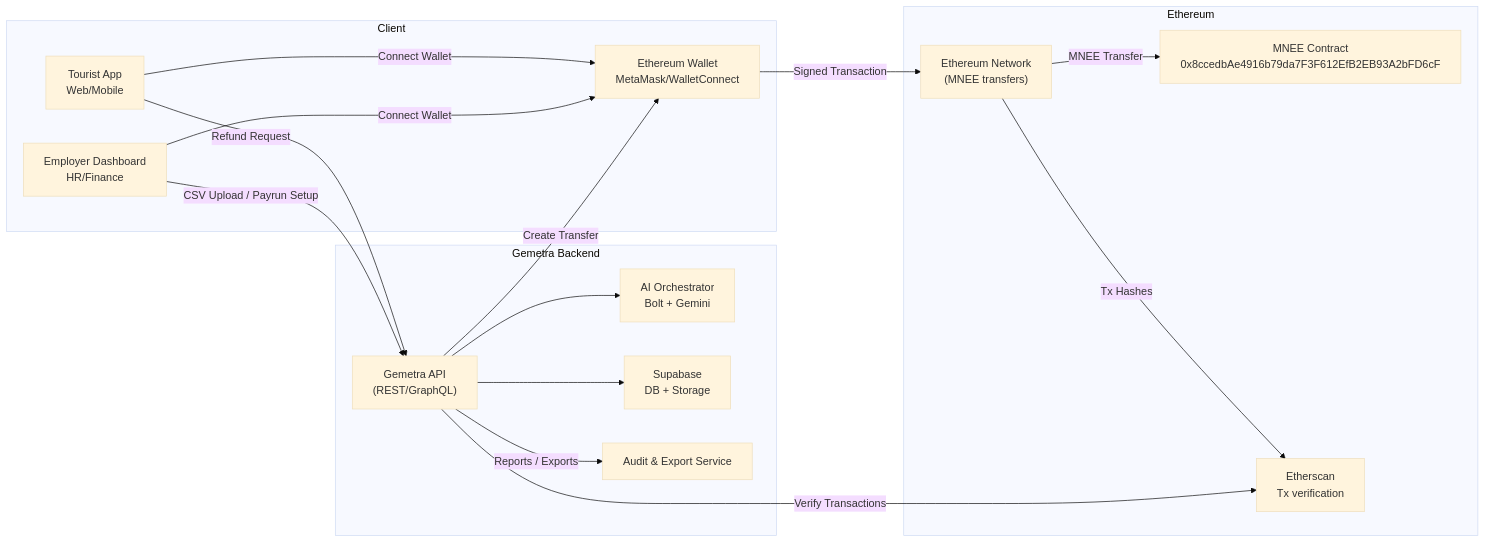
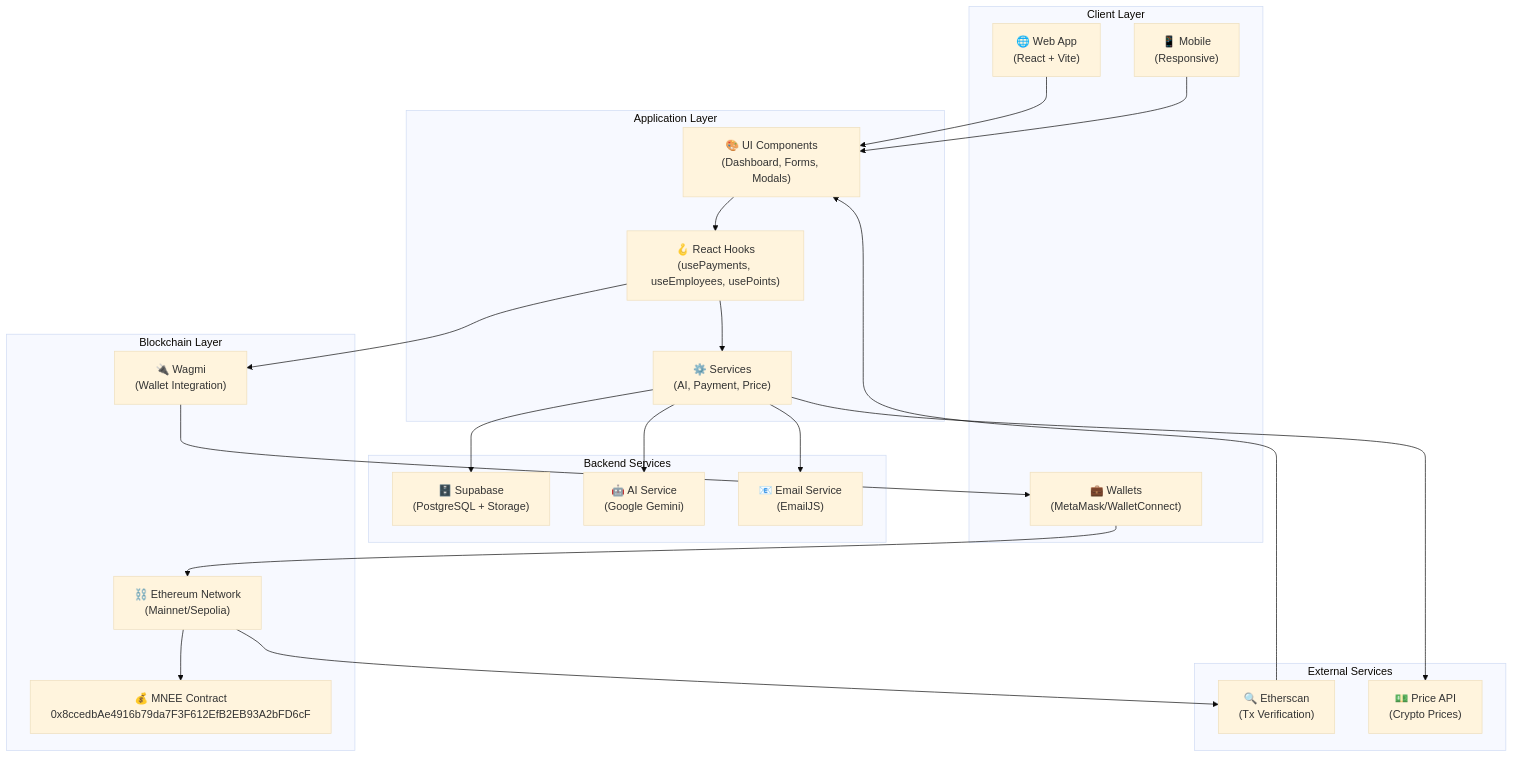
The first of 10 diagrams in README.md (AmaanSayyad/Gemetra-Mnee), drawn with Mermaid (base theme) before and after one commit. The commit also changed other lines of this file, not shown here.

Commit message:
docs: update README with comprehensive mermaid diagrams for architecture, flows, and system design

````diff
--- a/README.md
+++ b/README.md
@@ -83,35 +43,46 @@
 ```mermaid
-flowchart LR
-  subgraph Client
-    T["Tourist App<br/>Web/Mobile"]
-    E["Employer Dashboard<br/>HR/Finance"]
-    W["Ethereum Wallet<br/>MetaMask/WalletConnect"]
-  end
+flowchart TB
+    subgraph "Client Layer"
+        WEB["🌐 Web App<br/>(React + Vite)"]
+        MOBILE["📱 Mobile<br/>(Responsive)"]
+        WALLET["💼 Wallets<br/>(MetaMask/WalletConnect)"]
+    end
 
-  subgraph Gemetra Backend
-    API["Gemetra API<br/>(REST/GraphQL)"]
-    AI["AI Orchestrator<br/>Bolt + Gemini"]
-    SB["Supabase<br/>DB + Storage"]
-    AUD["Audit & Export Service"]
-  end
+    subgraph "Application Layer"
+        UI["🎨 UI Components<br/>(Dashboard, Forms, Modals)"]
+        HOOKS["🪝 React Hooks<br/>(usePayments, useEmployees, usePoints)"]
+        SERVICES["⚙️ Services<br/>(AI, Payment, Price)"]
+    end
 
-  subgraph Ethereum
-    ETH["Ethereum Network<br/>(MNEE transfers)"]
-    MNEE["MNEE Contract<br/>0x8ccedbAe4916b79da7F3F612EfB2EB93A2bFD6cF"]
-    EXPL["Etherscan<br/>Tx verification"]
-  end
+    subgraph "Backend Services"
+        SUPABASE["🗄️ Supabase<br/>(PostgreSQL + Storage)"]
+        AI["🤖 AI Service<br/>(Google Gemini)"]
+        EMAIL["📧 Email Service<br/>(EmailJS)"]
+    end
 
-  T -- "Refund Request" --> API
-  E -- "CSV Upload / Payrun Setup" --> API
-  T -- "Connect Wallet" --> W
-  E -- "Connect Wallet" --> W
+    subgraph "Blockchain Layer"
+        ETH["⛓️ Ethereum Network<br/>(Mainnet/Sepolia)"]
+        MNEE["💰 MNEE Contract<br/>0x8ccedbAe4916b79da7F3F612EfB2EB93A2bFD6cF"]
+        WAGMI["🔌 Wagmi<br/>(Wallet Integration)"]
+    end
 
-  API --> AI
-  API --> SB
-  API -- "Create Transfer" --> W
-  W -- "Signed Transaction" --> ETH
-  ETH -- "MNEE Transfer" --> MNEE
-  ETH -- "Tx Hashes" --> EXPL
-  API -- "Verify Transactions" --> EXPL
-  API -- "Reports / Exports" --> AUD
+    subgraph "External Services"
+        ETHERSCAN["🔍 Etherscan<br/>(Tx Verification)"]
+        PRICE["💵 Price API<br/>(Crypto Prices)"]
+    end
+
+    WEB --> UI
+    MOBILE --> UI
+    UI --> HOOKS
+    HOOKS --> SERVICES
+    SERVICES --> SUPABASE
+    SERVICES --> AI
+    SERVICES --> EMAIL
+    HOOKS --> WAGMI
+    WAGMI --> WALLET
+    WALLET --> ETH
+    ETH --> MNEE
+    ETH --> ETHERSCAN
+    SERVICES --> PRICE
+    ETHERSCAN --> UI
 ```
````
